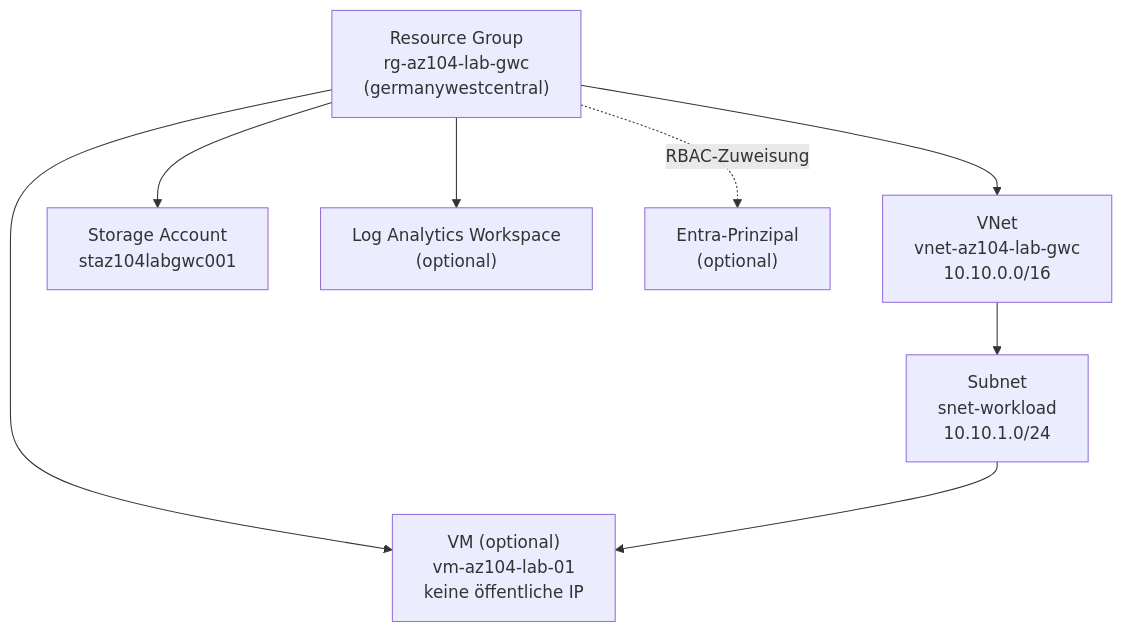
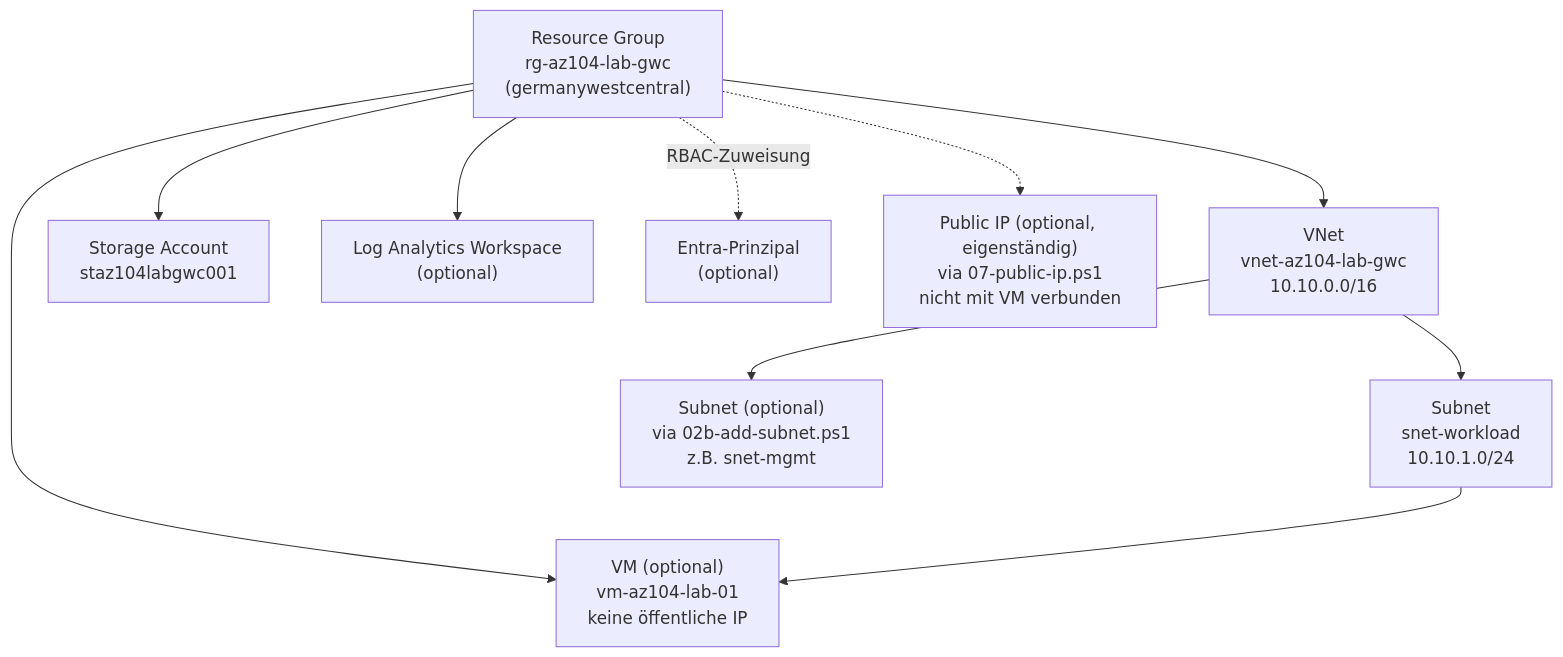
One commit to DFelux/az104-automation-lab changed the diagram in README.md. Above: the diagram before and after it, drawn with Mermaid. The commit also changed other lines of this file, not shown here.

````diff
--- a/README.md
+++ b/README.md
@@ -5,11 +9,13 @@
 ```mermaid
 graph TD
     RG["Resource Group<br/>rg-az104-lab-gwc<br/>(germanywestcentral)"]
     RG --> VNET["VNet<br/>vnet-az104-lab-gwc<br/>10.10.0.0/16"]
     VNET --> SNET["Subnet<br/>snet-workload<br/>10.10.1.0/24"]
+    VNET --> SNET2["Subnet (optional)<br/>via 02b-add-subnet.ps1<br/>z.B. snet-mgmt"]
     RG --> ST["Storage Account<br/>staz104labgwc001"]
     RG --> VM["VM (optional)<br/>vm-az104-lab-01<br/>keine öffentliche IP"]
     SNET --> VM
     RG --> LAW["Log Analytics Workspace<br/>(optional)"]
     RG -. RBAC-Zuweisung .-> PRINCIPAL["Entra-Prinzipal<br/>(optional)"]
+    RG -.-> PIP["Public IP (optional, eigenständig)<br/>via 07-public-ip.ps1<br/>nicht mit VM verbunden"]
 ```
````
